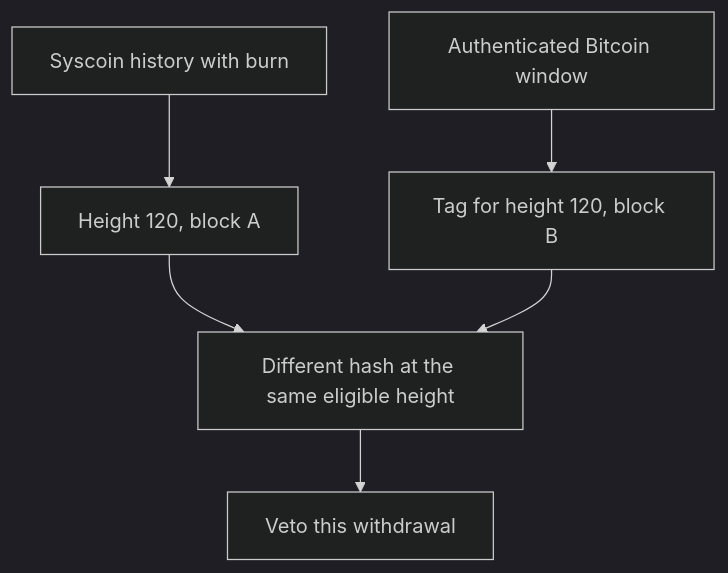
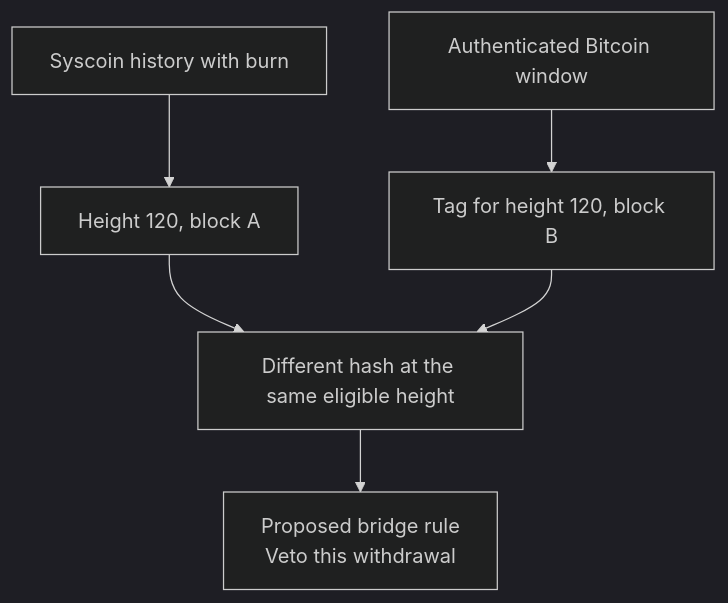
Before and after one commit to syscoin/sys-docs: the diagram in docs/architecture/bitcoin-bridge.mdx, drawn with Mermaid (dark theme). The commit also changed 22 other files, not shown here.

````diff
--- a/docs/architecture/bitcoin-bridge.mdx
+++ b/docs/architecture/bitcoin-bridge.mdx
@@ -37,10 +37,10 @@
 ```mermaid
 flowchart TD
     accTitle: A Bitcoin tag can veto a proposed withdrawal
     accDescr: At an eligible height the claim names block A and a Bitcoin coinbase names block B. An authenticated conflict keeps the BTC vault locked for this claim.
     BURN["Syscoin history with burn"] --> A["Height 120, block A"]
     WINDOW["Authenticated Bitcoin window"] --> B["Tag for height 120, block B"]
     A --> CHECK["Different hash at the same eligible height"]
     B --> CHECK
-    CHECK --> STOP["Veto this withdrawal"]
+    CHECK --> STOP["Proposed bridge rule<br/>Veto this withdrawal"]
 ```
````
